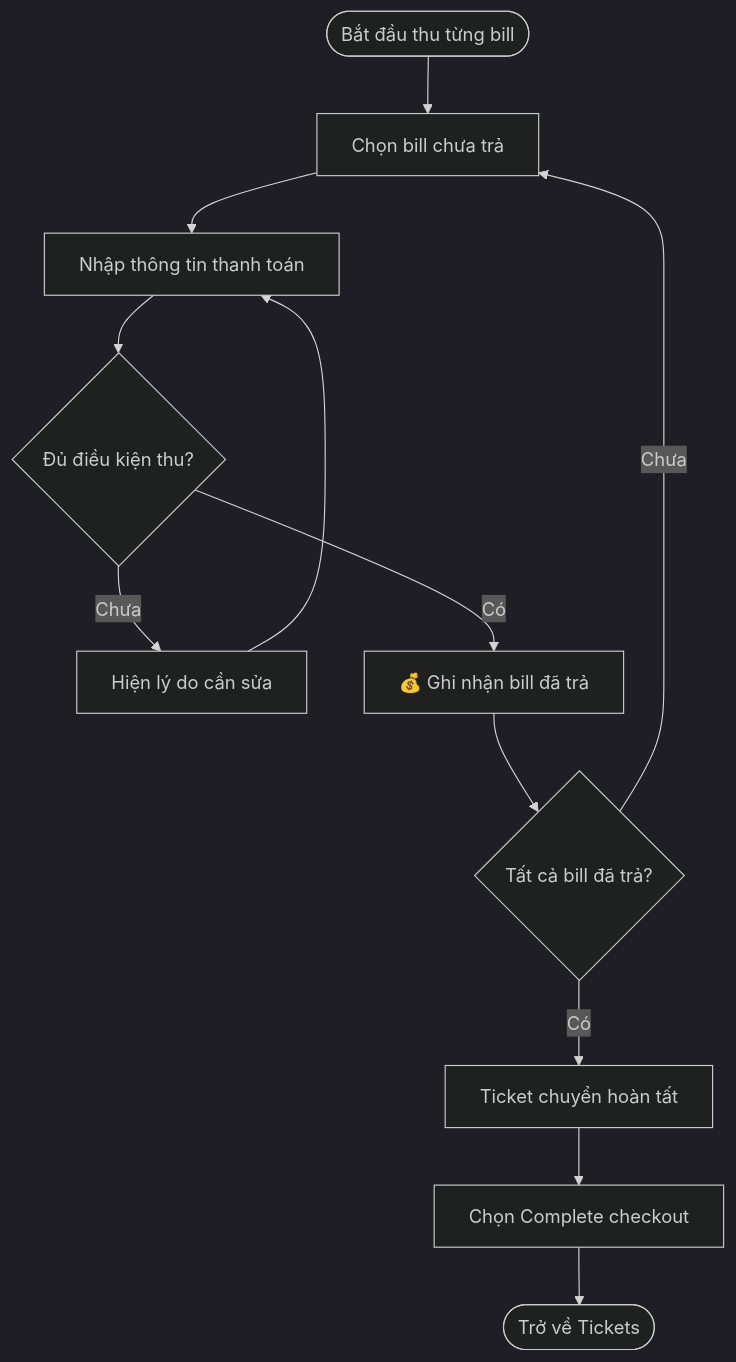
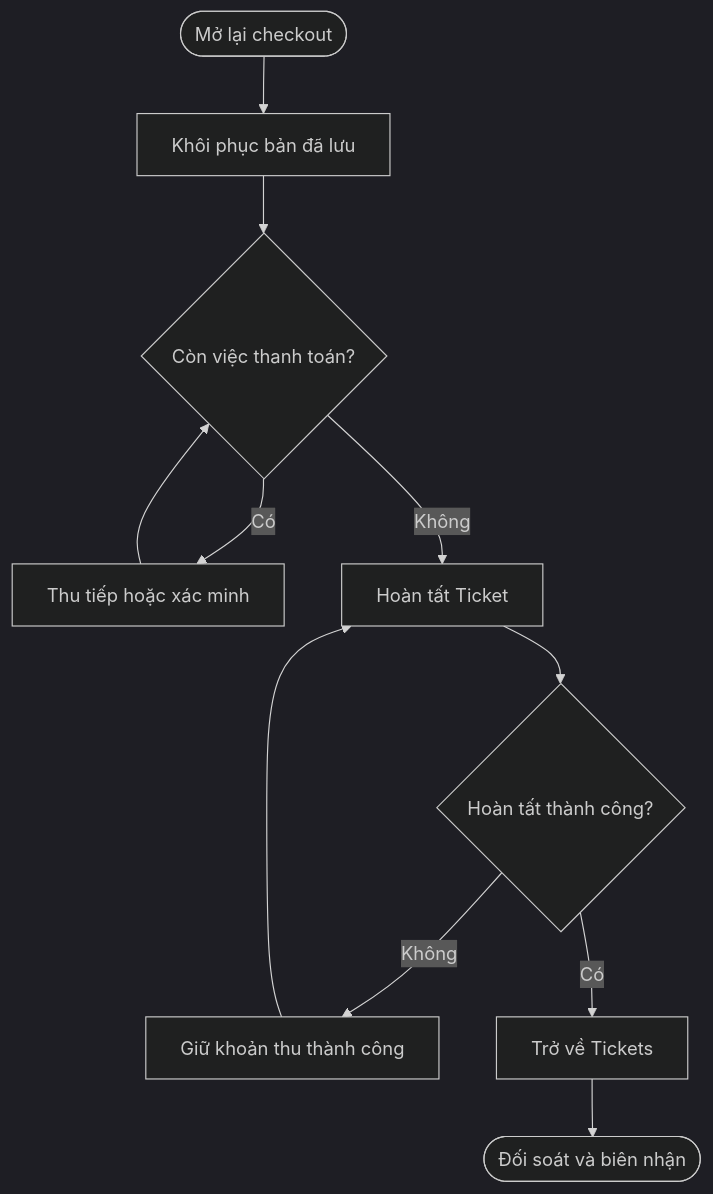
Before and after one commit to maivtn/taxiq: the fourth of 8 diagrams in docs/business/checkout-split-bill.md, drawn with Mermaid (dark theme). The commit also changed other lines of this file, not shown here.

Commit message:
docs: expand split bill proposal to 22 user stories

````diff
--- a/docs/business/checkout-split-bill.md
+++ b/docs/business/checkout-split-bill.md
@@ -167,14 +470,13 @@
 ```mermaid
 flowchart TD
-    A([Bắt đầu thu từng bill]) --> B[Chọn bill chưa trả]
-    B --> C[Nhập thông tin thanh toán]
-    C --> D{Đủ điều kiện thu?}
-    D -- Chưa --> E[Hiện lý do cần sửa]
-    E --> C
-    D -- Có --> F[💰 Ghi nhận bill đã trả]
-    F --> G{Tất cả bill đã trả?}
-    G -- Chưa --> B
-    G -- Có --> H[Ticket chuyển hoàn tất]
-    H --> I[Chọn Complete checkout]
-    I --> J([Trở về Tickets])
+    A([Mở lại checkout]) --> B[Khôi phục bản đã lưu]
+    B --> C{Còn việc thanh toán?}
+    C -- Có --> D[Thu tiếp hoặc xác minh]
+    D --> C
+    C -- Không --> E[Hoàn tất Ticket]
+    E --> F{Hoàn tất thành công?}
+    F -- Không --> G[Giữ khoản thu thành công]
+    G --> E
+    F -- Có --> H[Trở về Tickets]
+    H --> I([Đối soát và biên nhận])
 ```
````
